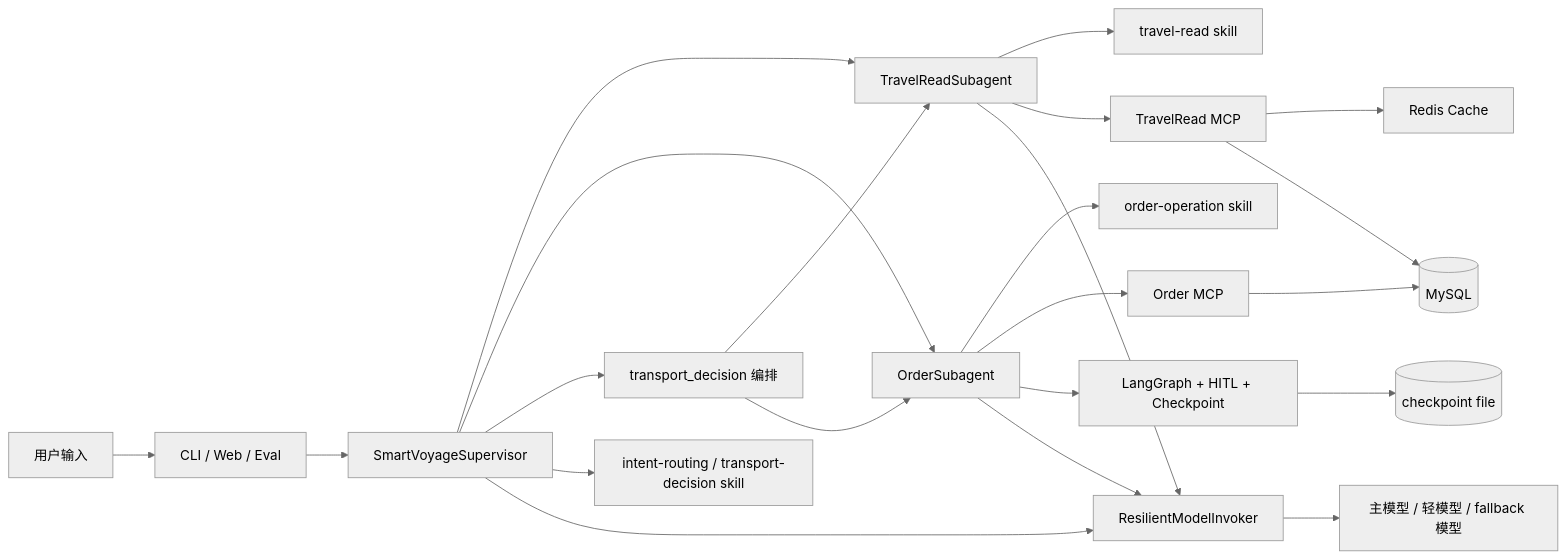
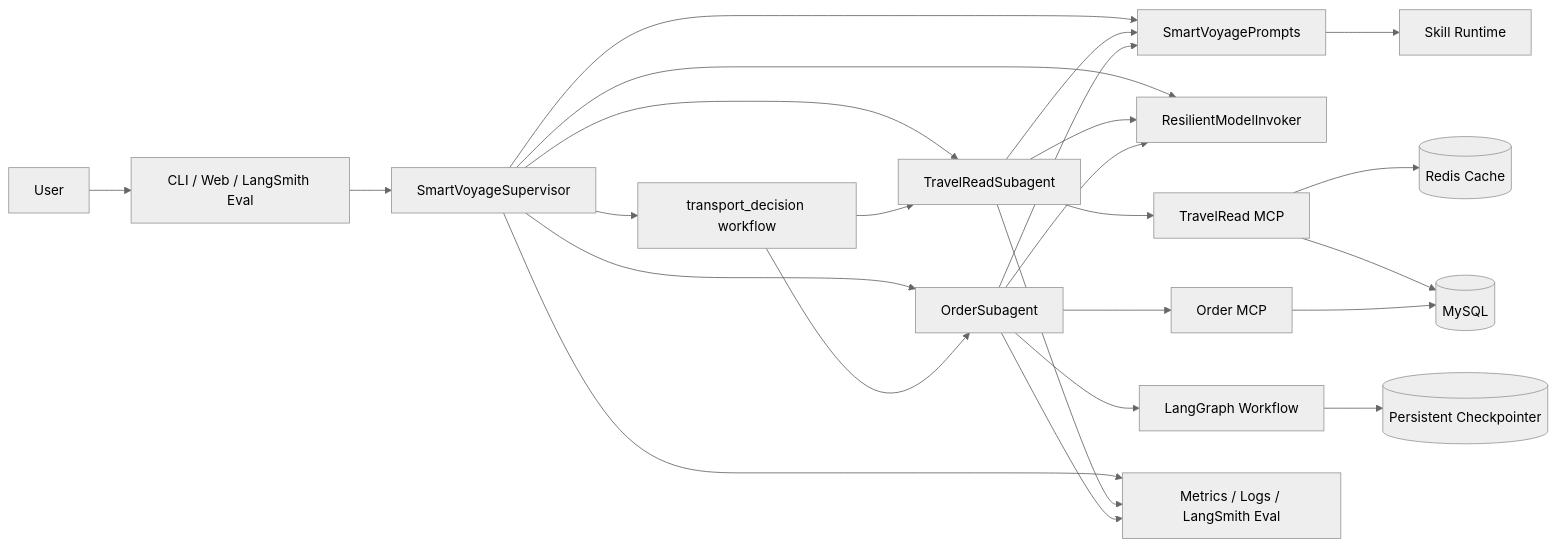
Before and after one commit to eastboat2001/SmartVoyage: the first of 4 diagrams in docs/ARCHITECTURE.md, drawn with Mermaid (neutral theme). The commit also changed other lines of this file and 16 other files, not shown here.

````diff
--- a/docs/ARCHITECTURE.md
+++ b/docs/ARCHITECTURE.md
@@ -15,30 +18,34 @@
 ```mermaid
 flowchart LR
-    U[用户输入] --> ENTRY[CLI / Web / Eval]
+    U[User] --> ENTRY[CLI / Web / LangSmith Eval]
     ENTRY --> SUP[SmartVoyageSupervisor]
 
     SUP --> TR[TravelReadSubagent]
     SUP --> OR[OrderSubagent]
-    SUP --> DECIDE[transport_decision 编排]
+    SUP --> TD[transport_decision workflow]
 
-    DECIDE --> TR
-    DECIDE --> OR
+    TD --> TR
+    TD --> OR
 
-    TR --> TRSKILL[travel-read skill]
-    TR --> TRMCP[TravelRead MCP]
+    SUP --> PROMPTS[SmartVoyagePrompts]
+    TR --> PROMPTS
+    OR --> PROMPTS
+    PROMPTS --> SKILL[Skill Runtime]
 
-    OR --> ORSKILL[order-operation skill]
-    OR --> ORMCP[Order MCP]
-    OR --> HITL[LangGraph + HITL + Checkpoint]
-
-    SUP --> SUPSKILL[intent-routing / transport-decision skill]
     SUP --> LLM[ResilientModelInvoker]
     TR --> LLM
     OR --> LLM
 
-    TRMCP --> CACHE[Redis Cache]
-    TRMCP --> DB[(MySQL)]
-    ORMCP --> DB
-    HITL --> CKPT[(checkpoint file)]
-    LLM --> MODEL[主模型 / 轻模型 / fallback 模型]
+    TR --> TRMCP[TravelRead MCP]
+    OR --> ORMCP[Order MCP]
+
+    TRMCP --> REDIS[(Redis Cache)]
+    TRMCP --> MYSQL[(MySQL)]
+    ORMCP --> MYSQL
+    OR --> GRAPH[LangGraph Workflow]
+    GRAPH --> CKPT[(Persistent Checkpointer)]
+
+    SUP --> OBS[Metrics / Logs / LangSmith Eval]
+    TR --> OBS
+    OR --> OBS
 ```
````
